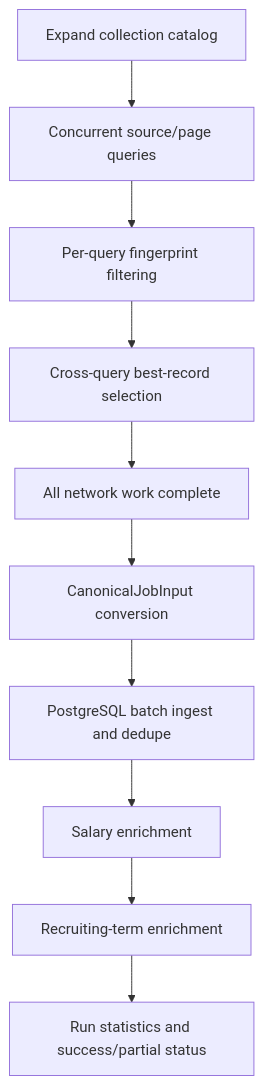
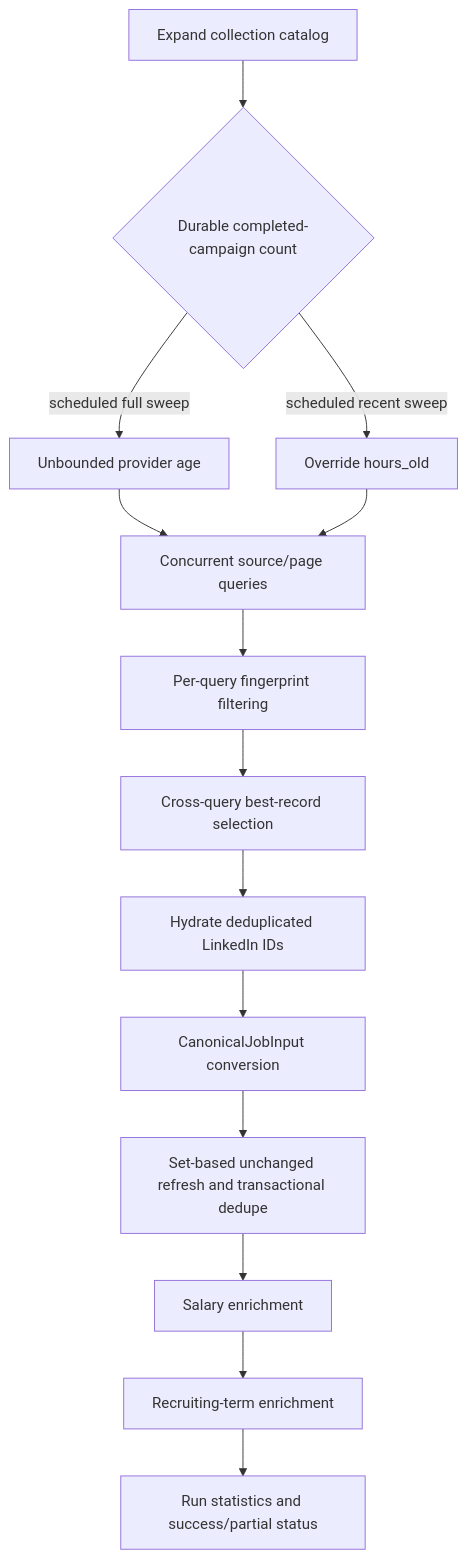
Before and after one commit to KaiusJin/WeCanFindIntern: the diagram in docs/modules/job-ingestion.md, drawn with Mermaid. The commit also changed other lines of this file and 17 other files, not shown here.

````diff
--- a/docs/modules/job-ingestion.md
+++ b/docs/modules/job-ingestion.md
@@ -60,12 +62,16 @@
 ```mermaid
 flowchart TD
-    A[Expand collection catalog] --> B[Concurrent source/page queries]
-    B --> C[Per-query fingerprint filtering]
-    C --> D[Cross-query best-record selection]
-    D --> E[All network work complete]
-    E --> F[CanonicalJobInput conversion]
-    F --> G[PostgreSQL batch ingest and dedupe]
+    A[Expand collection catalog] --> S{Durable completed-campaign count}
+    S -->|scheduled full sweep| B[Unbounded provider age]
+    S -->|scheduled recent sweep| R[Override hours_old]
+    B --> C[Concurrent source/page queries]
+    R --> C
+    C --> D[Per-query fingerprint filtering]
+    D --> E[Cross-query best-record selection]
+    E --> L[Hydrate deduplicated LinkedIn IDs]
+    L --> F[CanonicalJobInput conversion]
+    F --> G[Set-based unchanged refresh and transactional dedupe]
     G --> H[Salary enrichment]
     H --> I[Recruiting-term enrichment]
     I --> J[Run statistics and success/partial status]
 ```
````
